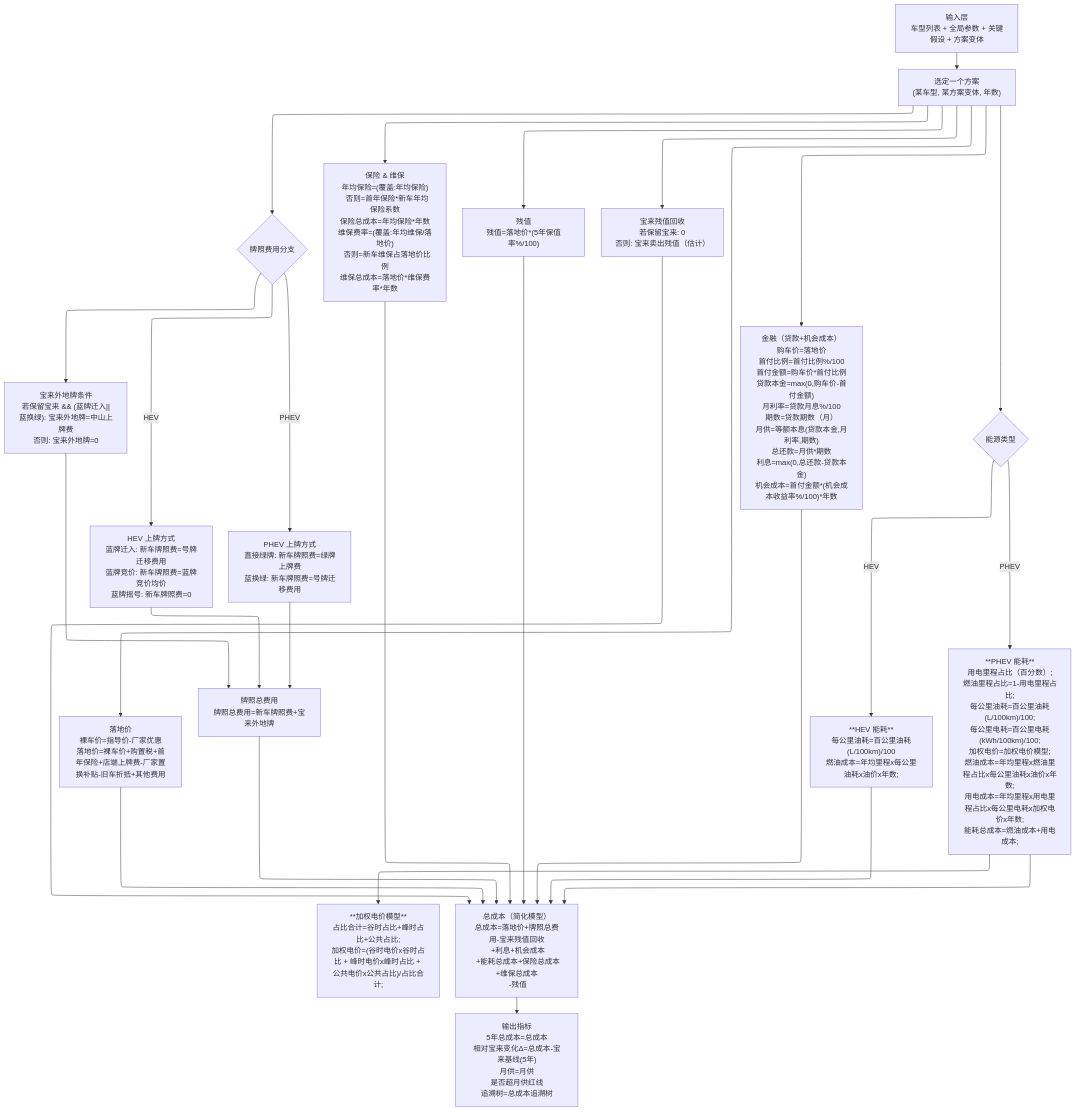
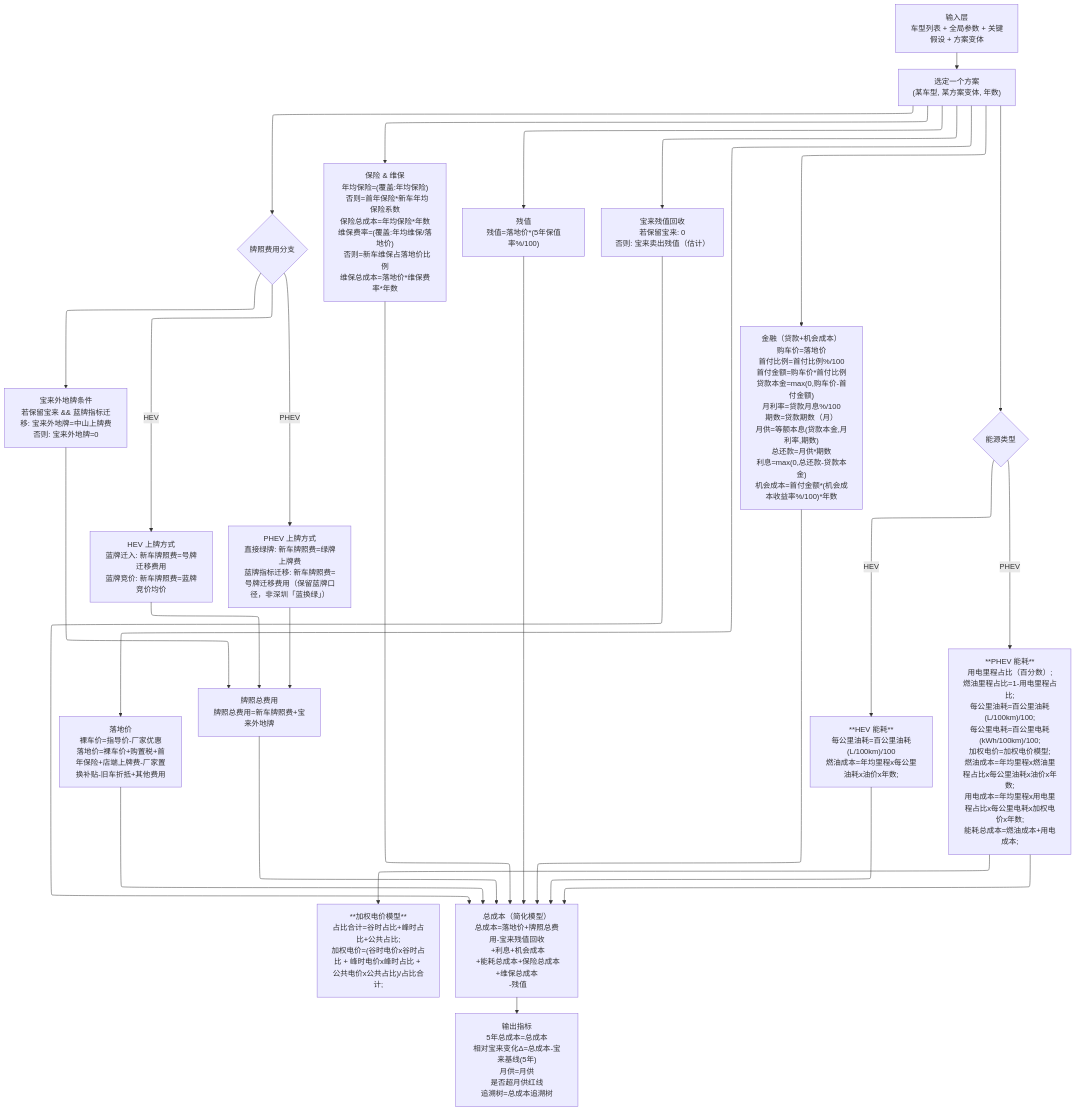
Before and after one commit to wang-zhenqi/vehicle-purchase-decision: the diagram in docs/CALC_PROCEDURE.md, drawn with Mermaid. The commit also changed 11 other files, not shown here.

````diff
--- a/docs/CALC_PROCEDURE.md
+++ b/docs/CALC_PROCEDURE.md
@@ -3,42 +3,42 @@
 ```mermaid
 ---
 config:
   layout: elk
 ---
 flowchart TD
   inputLayer["输入层<br/>车型列表 + 全局参数 + 关键假设 + 方案变体"] --> plan["选定一个方案<br/>(某车型, 某方案变体, 年数)"]
   plan --> landing["落地价<br/>裸车价=指导价-厂家优惠<br/>落地价=裸车价+购置税+首年保险+店端上牌费-厂家置换补贴-旧车折抵+其他费用"]
 
   plan --> plateBranch{牌照费用分支}
-  plateBranch -->|HEV| plateHEV["HEV 上牌方式<br/>蓝牌迁入: 新车牌照费=号牌迁移费用<br/>蓝牌竞价: 新车牌照费=蓝牌竞价均价<br/>蓝牌摇号: 新车牌照费=0"]
-  plateBranch -->|PHEV| platePHEV["PHEV 上牌方式<br/>直接绿牌: 新车牌照费=绿牌上牌费<br/>蓝换绿: 新车牌照费=号牌迁移费用"]
-  plateBranch --> plateBaoLaiExtra["宝来外地牌条件<br/>若保留宝来 && (蓝牌迁入||蓝换绿): 宝来外地牌=中山上牌费<br/>否则: 宝来外地牌=0"]
+  plateBranch -->|HEV| plateHEV["HEV 上牌方式<br/>蓝牌迁入: 新车牌照费=号牌迁移费用<br/>蓝牌竞价: 新车牌照费=蓝牌竞价均价"]
+  plateBranch -->|PHEV| platePHEV["PHEV 上牌方式<br/>直接绿牌: 新车牌照费=绿牌上牌费<br/>蓝牌指标迁移: 新车牌照费=号牌迁移费用（保留蓝牌口径，非深圳「蓝换绿」）"]
+  plateBranch --> plateBaoLaiExtra["宝来外地牌条件<br/>若保留宝来 && 蓝牌指标迁移: 宝来外地牌=中山上牌费<br/>否则: 宝来外地牌=0"]
   plateHEV --> plateTotal["牌照总费用<br/>牌照总费用=新车牌照费+宝来外地牌"]
   platePHEV --> plateTotal
   plateBaoLaiExtra --> plateTotal
 
   plan --> finance["金融（贷款+机会成本）<br/>购车价=落地价<br/>首付比例=首付比例%/100<br/>首付金额=购车价*首付比例<br/>贷款本金=max(0,购车价-首付金额)<br/>月利率=贷款月息%/100<br/>期数=贷款期数（月）<br/>月供=等额本息(贷款本金,月利率,期数)<br/>总还款=月供*期数<br/>利息=max(0,总还款-贷款本金)<br/>机会成本=首付金额*(机会成本收益率%/100)*年数"]
 
   plan --> energyBranch{能源类型}
   energyBranch -->|HEV| hev["**HEV 能耗**<br/>每公里油耗=百公里油耗(L/100km)/100<br/>燃油成本=年均里程x每公里油耗x油价x年数;"]
   energyBranch -->|PHEV| phev["**PHEV 能耗**<br/>用电里程占比（百分数）;<br/>燃油里程占比=1-用电里程占比;<br/>每公里油耗=百公里油耗(L/100km)/100;<br/>每公里电耗=百公里电耗(kWh/100km)/100;<br/>加权电价=加权电价模型;<br/>燃油成本=年均里程x燃油里程占比x每公里油耗x油价x年数;<br/>用电成本=年均里程x用电里程占比x每公里电耗x加权电价x年数;<br/>能耗总成本=燃油成本+用电成本;"]
 
   phev --> elecPrice["**加权电价模型**<br/>占比合计=谷时占比+峰时占比+公共占比;<br/>加权电价=(谷时电价x谷时占比 + 峰时电价x峰时占比 + 公共电价x公共占比)/占比合计;"]
 
   plan --> insMaint["保险 & 维保<br/>年均保险=(覆盖:年均保险)<br/>  否则=首年保险*新车年均保险系数<br/>保险总成本=年均保险*年数<br/>维保费率=(覆盖:年均维保/落地价)<br/>  否则=新车维保占落地价比例<br/>维保总成本=落地价*维保费率*年数"]
 
   plan --> residual["残值<br/>残值=落地价*(5年保值率%/100)"]
 
   plan --> baolaiRecovery["宝来残值回收<br/>若保留宝来: 0<br/>否则: 宝来卖出残值（估计）"]
 
   landing --> total["总成本（简化模型）<br/>总成本=落地价+牌照总费用-宝来残值回收<br/> +利息+机会成本<br/> +能耗总成本+保险总成本+维保总成本<br/> -残值"]
   plateTotal --> total
   finance --> total
   hev --> total
   phev --> total
   insMaint --> total
   residual --> total
   baolaiRecovery --> total
 
   total --> outputs["输出指标<br/>5年总成本=总成本<br/>相对宝来变化Δ=总成本-宝来基线(5年)<br/>月供=月供<br/>是否超月供红线<br/>追溯树=总成本追溯树"]
 ```
````
